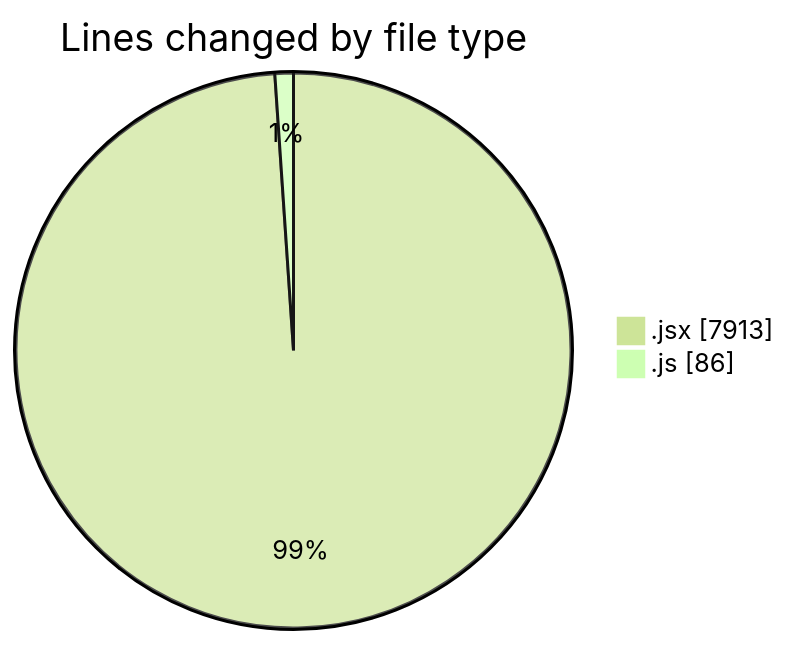
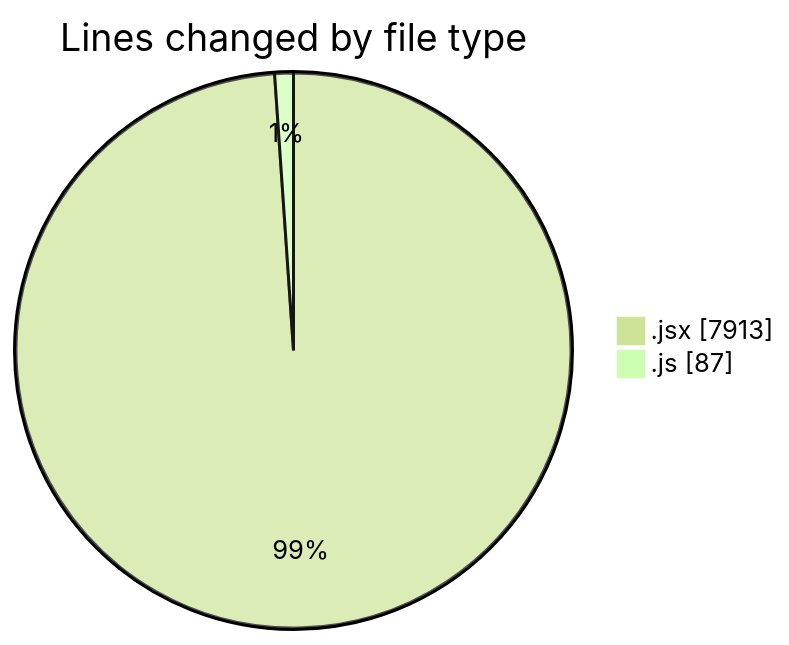
One commit to nxtqubesakshisongat/code-tracking changed the first of 2 diagrams in 2025-05-27/nxtqube_webapp/README.md. Above: the diagram before and after it, drawn with Mermaid (forest theme). The commit also changed other lines of this file and 1 other file, not shown here.

````diff
--- a/2025-05-27/nxtqube_webapp/README.md
+++ b/2025-05-27/nxtqube_webapp/README.md
@@ -24,6 +24,6 @@
 ```mermaid
 pie showData
 title Lines changed by file type
 ".jsx" : 7913
-".js" : 86
+".js" : 87
 ```
````
